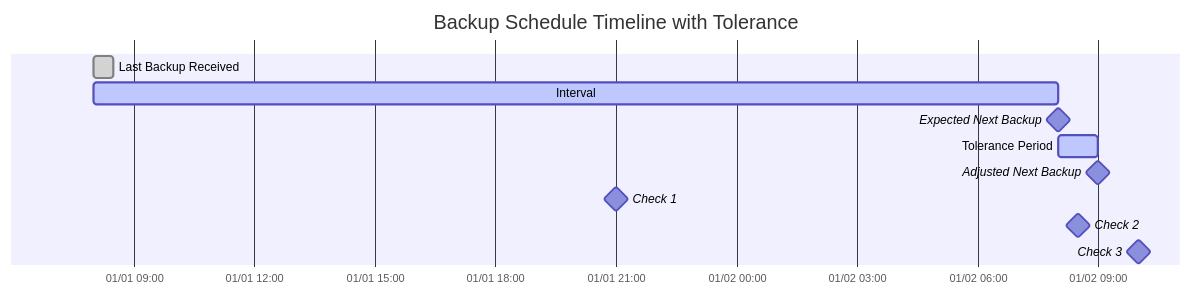
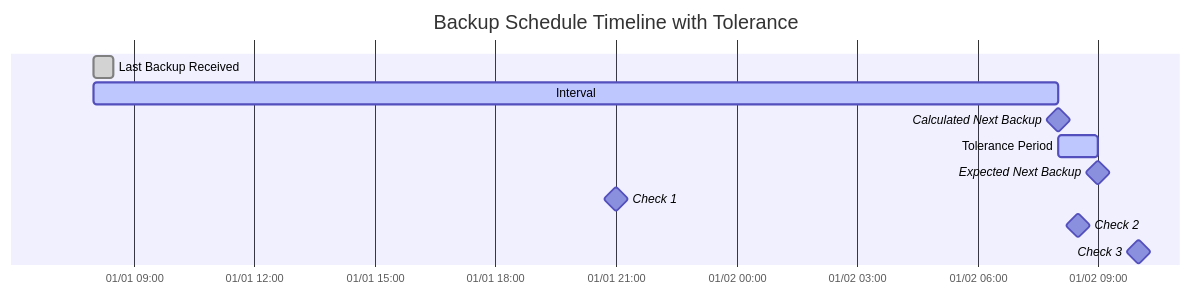
One commit to wsj-br/duplistatus changed the diagram in docs/USER-GUIDE.md. Above: the diagram before and after it, drawn with Mermaid. The commit also changed other lines of this file and 16 other files, not shown here.

````diff
--- a/docs/USER-GUIDE.md
+++ b/docs/USER-GUIDE.md
@@ -712,19 +661,19 @@
 ```mermaid
 gantt
     title Backup Schedule Timeline with Tolerance
     dateFormat  YYYY-MM-DD HH:mm
     axisFormat %m/%d %H:%M
     
     Last Backup Received    :done, last-backup, 2024-01-01 08:00, 0.5h
 
     Interval                :active, interval, 2024-01-01 08:00, 24h
-    Expected Next Backup                :milestone, expected, 2024-01-02 08:00, 0h
+    Calculated Next Backup                :milestone, expected, 2024-01-02 08:00, 0h
     Tolerance Period        :active, tolerance period, 2024-01-02 08:00, 1h
 
-    Adjusted Next Backup               :milestone, adjusted, 2024-01-02 09:00, 0h
+    Expected Next Backup               :milestone, adjusted, 2024-01-02 09:00, 0h
 
     Check 1 : milestone, deadline, 2024-01-01 21:00, 0h
     Check 2 : milestone, deadline, 2024-01-02 08:30, 0h
     Check 3 : milestone, deadline, 2024-01-02 10:00, 0h
 
 ```
````
